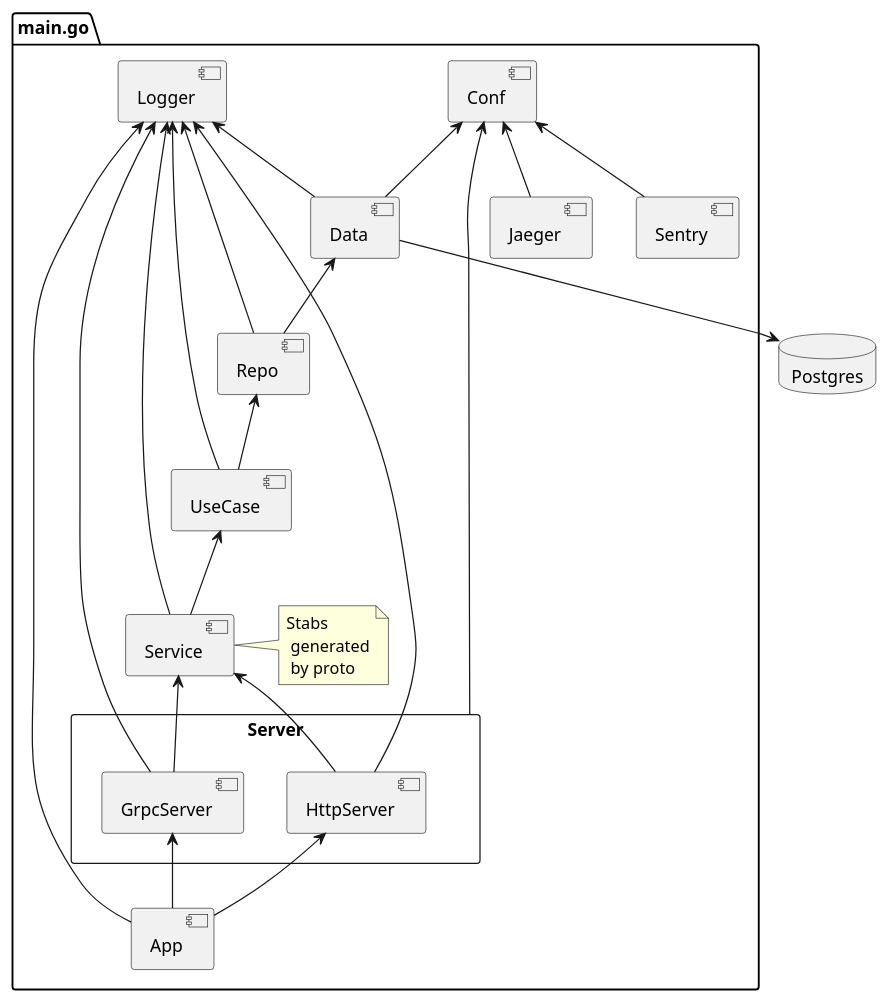
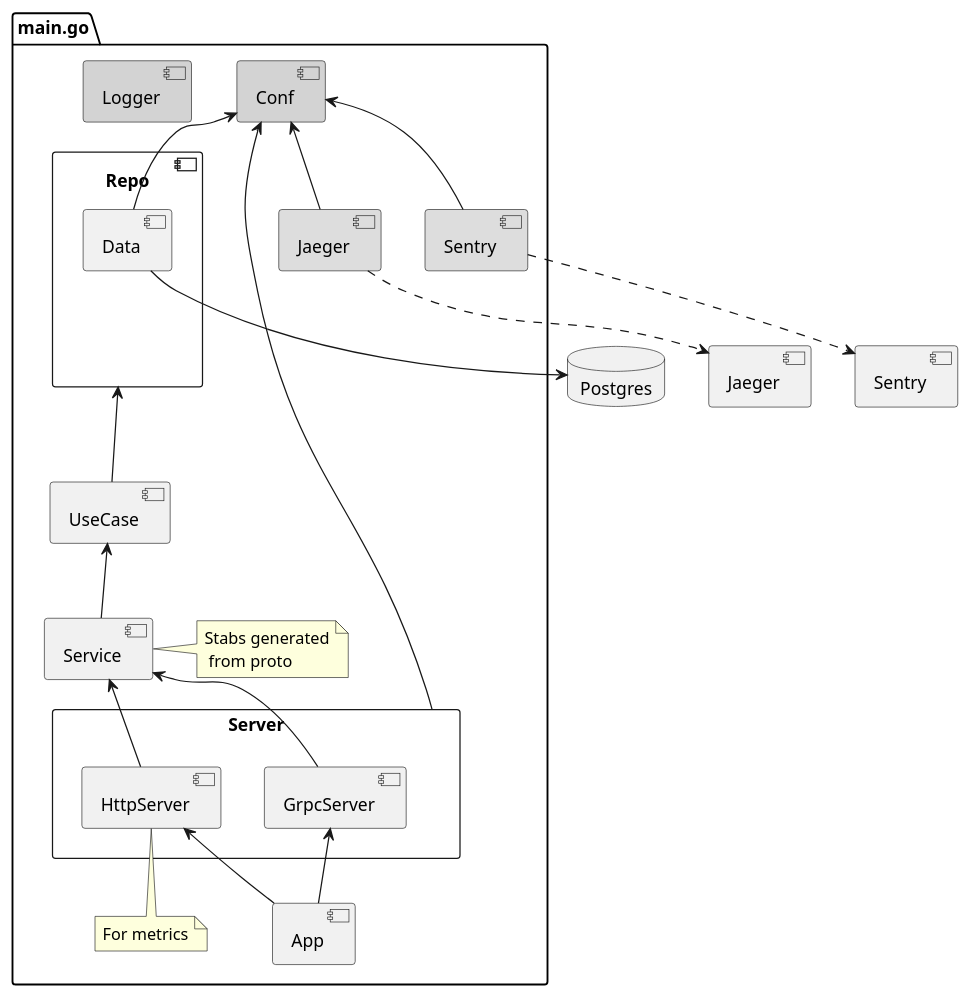
One commit to timurkash/kratos-layout changed the diagram in cmd/server/components.puml. Above: the diagram before and after it, drawn with PlantUML.

Commit message:
puml mod

```diff
--- a/cmd/server/components.puml
+++ b/cmd/server/components.puml
@@ -1,45 +1,45 @@
 @startuml
 
 package main.go {
-    [Conf] as conf
-    [Logger] as logger
-    [Data] as data
-    [Repo] as repo
+    [Conf] as conf #lightgray
+    [Logger] as logger #lightgray
+    component Repo as repo {
+        [Data] as data
+    }
     [UseCase] as uc
     [Service] as service
     rectangle Server as server {
         [GrpcServer] as grpc
         [HttpServer] as http
     }
     [App] as app
-    [Jaeger] as trace
-    [Sentry] as log
-    note "Stabs\n generated\n by proto" as stabs
+    [Jaeger] as trace #ddd
+    [Sentry] as log #ddd
+    note "Stabs generated\n from proto" as stabs_note
+    note "For metrics" as http_note
 }
+[Jaeger]
+[Sentry]
 
 database Postgres
-data --> Postgres
-
-logger <-- data
-logger <-- repo
-logger <-- uc
-logger <-- service
-logger <-- grpc
-logger <-- http
-logger <-- app
+data -d-> Postgres
+trace ..> Jaeger
+log ..> Sentry
 
 conf <-- data
 conf <-- server
 conf <-- trace
 conf <-- log
 
-data <-- repo
+data -[hidden]- repo
 repo <-- uc
 uc <-- service
 service <-- grpc
-service - stabs
 service <-- http
 grpc <-- app
 http <-- app
 
+service - stabs_note
+http -- http_note
+
 @enduml
```
